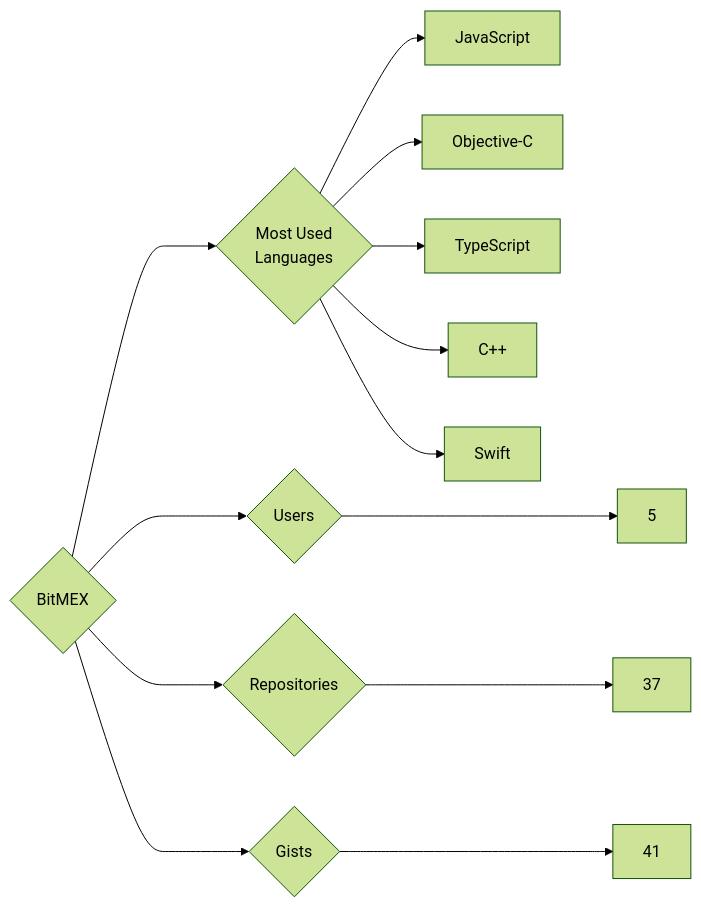
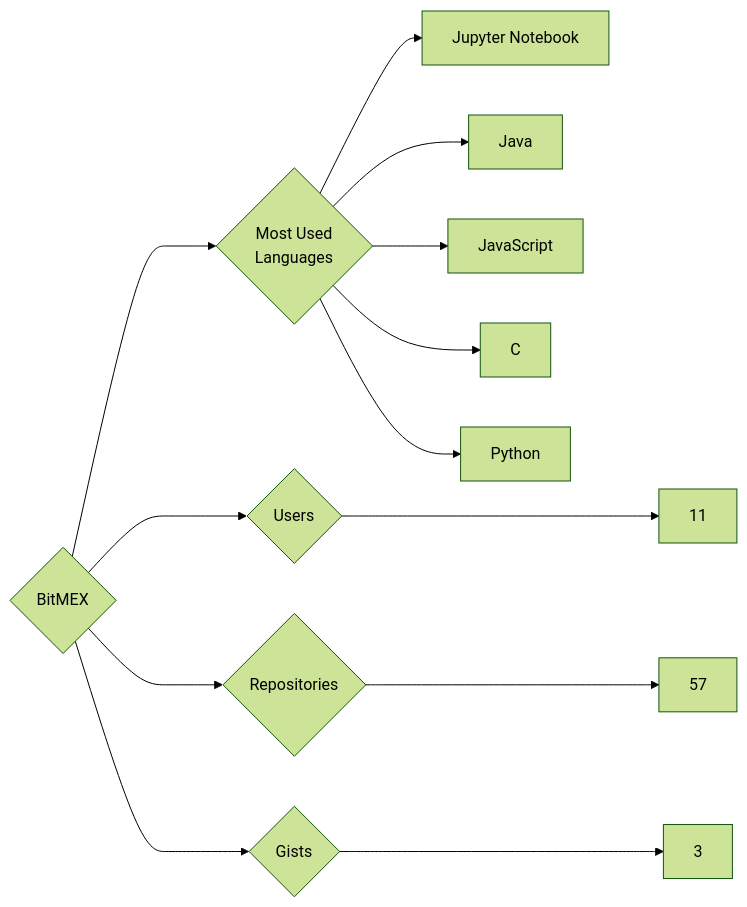
One commit to trickest/insiders changed the diagram in targets/BitMEX/README.md. Above: the diagram before and after it, drawn with Mermaid (forest theme). The commit also changed 927 other files, not shown here.

````diff
--- a/targets/BitMEX/README.md
+++ b/targets/BitMEX/README.md
@@ -3,13 +3,13 @@
 ```mermaid
 graph LR
 COMPANY_NAME{BitMEX}
-COMPANY_NAME ---> U{Users} ---> UN[5]
-COMPANY_NAME ---> R{Repositories} ---> RN[37]
-COMPANY_NAME ---> G{Gists} ---> GN[41]
+COMPANY_NAME ---> U{Users} ---> UN[11]
+COMPANY_NAME ---> R{Repositories} ---> RN[57]
+COMPANY_NAME ---> G{Gists} ---> GN[3]
 COMPANY_NAME ---> ML{Most Used<br>Languages}
+ML --> Jupyter_Notebook[Jupyter Notebook]
+ML --> Java[Java]
 ML --> JavaScript[JavaScript]
-ML --> Objective-C[Objective-C]
-ML --> TypeScript[TypeScript]
-ML --> C++[C++]
-ML --> Swift[Swift]
+ML --> C[C]
+ML --> Python[Python]
 ```
````
